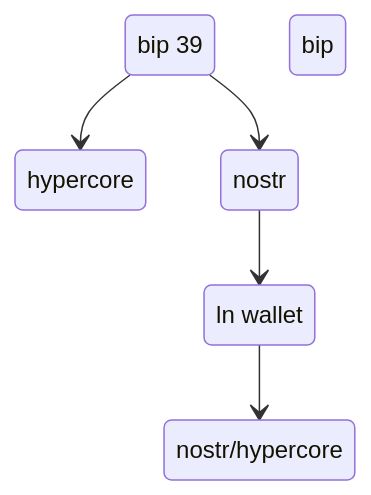
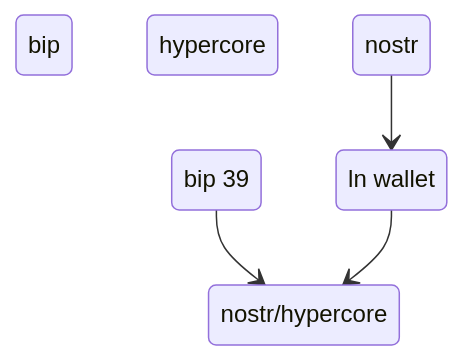
The diagram in README.md (AreaLayer/FireBolt), drawn with Mermaid before and after one commit.

````diff
--- a/README.md
+++ b/README.md
@@ -41,12 +41,11 @@
 ```mermaid
 stateDiagram
     wallet: ln wallet
     bip 39: bip 39
     hypercore: hypercore
     nostr: nostr
 
-    bip 39 --> nostr
-    bip 39 --> hypercore
+    bip 39 --> nostr/hypercore
     nostr --> wallet
     wallet --> nostr/hypercore
 ```
````
